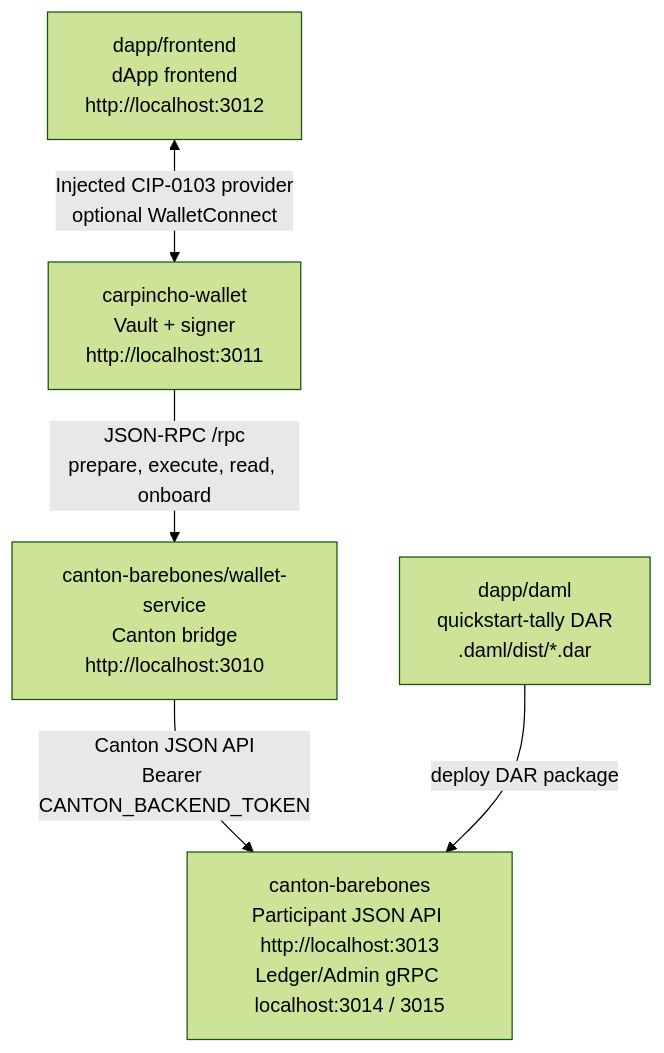
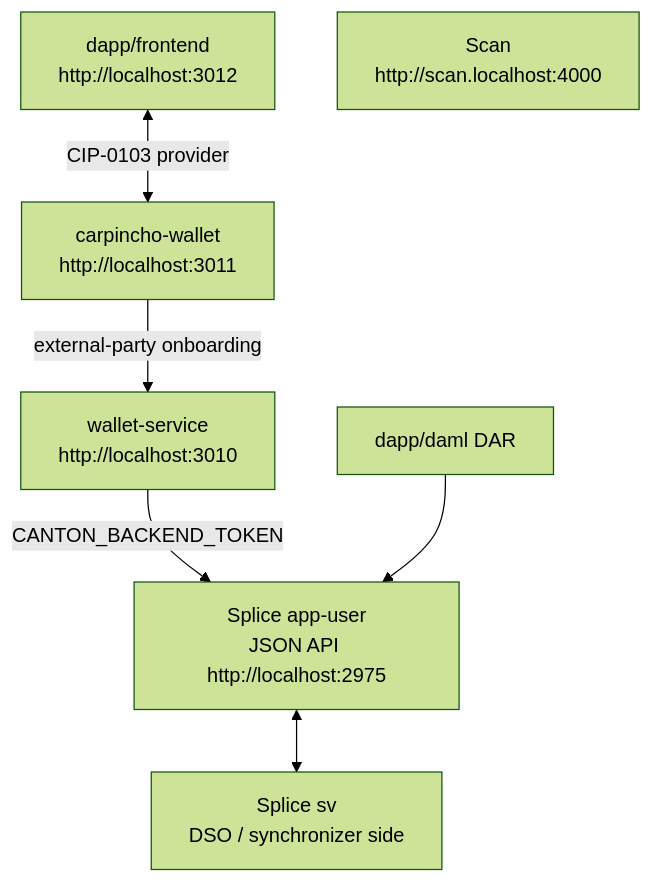
The diagram in architecture.md (BootNodeDev/cn-dappbooster), drawn with Mermaid (forest theme) before and after one commit. The commit also changed other lines of this file and 4 other files, not shown here.

````diff
--- a/architecture.md
+++ b/architecture.md
@@ -51,13 +17,16 @@
 ```mermaid
 flowchart TD
-  fe["dapp/frontend<br/>dApp frontend<br/>http://localhost:3012"]
-  wallet["carpincho-wallet<br/>Vault + signer<br/>http://localhost:3011"]
-  ws["canton-barebones/wallet-service<br/>Canton bridge<br/>http://localhost:3010"]
-  cb["canton-barebones<br/>Participant JSON API http://localhost:3013<br/>Ledger/Admin gRPC localhost:3014 / 3015"]
-  dar["dapp/daml<br/>quickstart-tally DAR<br/>.daml/dist/*.dar"]
+  fe["dapp/frontend<br/>http://localhost:3012"]
+  wallet["carpincho-wallet<br/>http://localhost:3011"]
+  ws["wallet-service<br/>http://localhost:3010"]
+  au["Splice app-user<br/>JSON API http://localhost:2975"]
+  sv["Splice sv<br/>DSO / synchronizer side"]
+  scan["Scan<br/>http://scan.localhost:4000"]
+  dar["dapp/daml DAR"]
 
-  fe <-->|"Injected CIP-0103 provider<br/>optional WalletConnect"| wallet
-  wallet -->|"JSON-RPC /rpc<br/>prepare, execute, read, onboard"| ws
-  ws -->|"Canton JSON API<br/>Bearer CANTON_BACKEND_TOKEN"| cb
-  dar -->|"deploy DAR package"| cb
+  fe <-->|"CIP-0103 provider"| wallet
+  wallet -->|"external-party onboarding"| ws
+  ws -->|"CANTON_BACKEND_TOKEN"| au
+  au <--> sv
+  dar --> au
 ```
````
